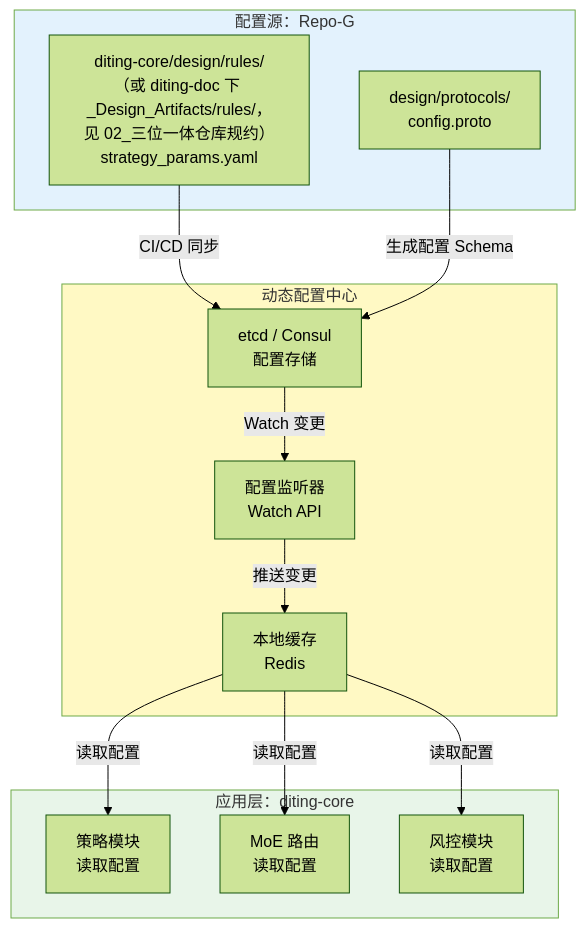
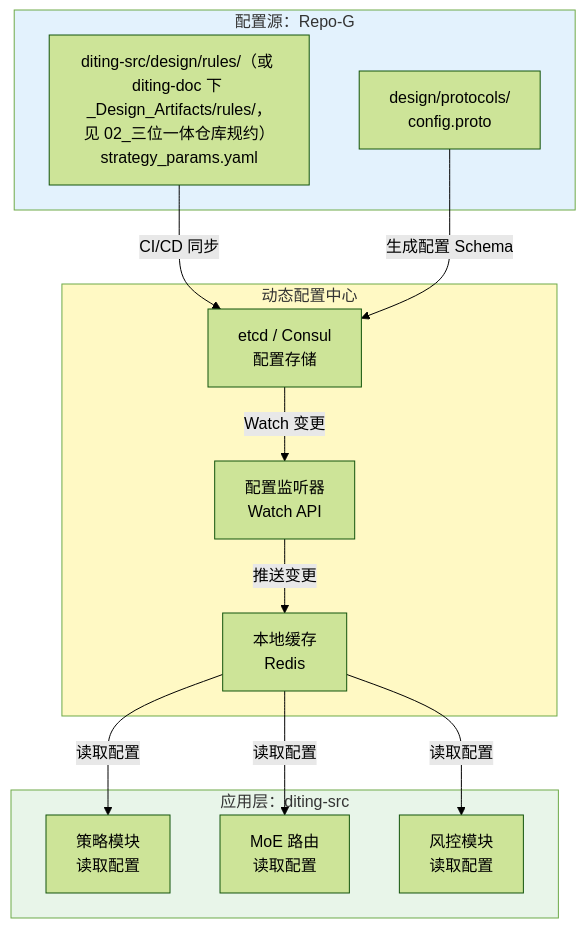
One commit to myxxhui/diting-doc changed the first of 3 diagrams in 03_原子目标与规约/_共享规约/06_动态配置中心规约.md. Above: the diagram before and after it, drawn with Mermaid (forest theme). The commit also changed other lines of this file and 238 other files, not shown here.

````diff
--- a/03_原子目标与规约/_共享规约/06_动态配置中心规约.md
+++ b/03_原子目标与规约/_共享规约/06_动态配置中心规约.md
@@ -28,31 +28,31 @@
 ```mermaid
 flowchart TB
     subgraph 配置源[配置源：Repo-G]
-        YAML[diting-core/design/rules/（或 diting-doc 下 _Design_Artifacts/rules/，见 02_三位一体仓库规约）<br/>strategy_params.yaml]
+        YAML[diting-src/design/rules/（或 diting-doc 下 _Design_Artifacts/rules/，见 02_三位一体仓库规约）<br/>strategy_params.yaml]
         PROTO[design/protocols/<br/>config.proto]
     end
     
     subgraph 配置中心[动态配置中心]
         ETCD[etcd / Consul<br/>配置存储]
         WATCH[配置监听器<br/>Watch API]
         CACHE[本地缓存<br/>Redis]
     end
     
-    subgraph 应用层[应用层：diting-core]
+    subgraph 应用层[应用层：diting-src]
         STRAT[策略模块<br/>读取配置]
         MOE[MoE 路由<br/>读取配置]
         RISK[风控模块<br/>读取配置]
     end
     
     YAML -->|CI/CD 同步| ETCD
     PROTO -->|生成配置 Schema| ETCD
     ETCD -->|Watch 变更| WATCH
     WATCH -->|推送变更| CACHE
     CACHE -->|读取配置| STRAT
     CACHE -->|读取配置| MOE
     CACHE -->|读取配置| RISK
     
     style 配置源 fill:#e3f2fd
     style 配置中心 fill:#fff9c4
     style 应用层 fill:#e8f5e9
 ```
````
